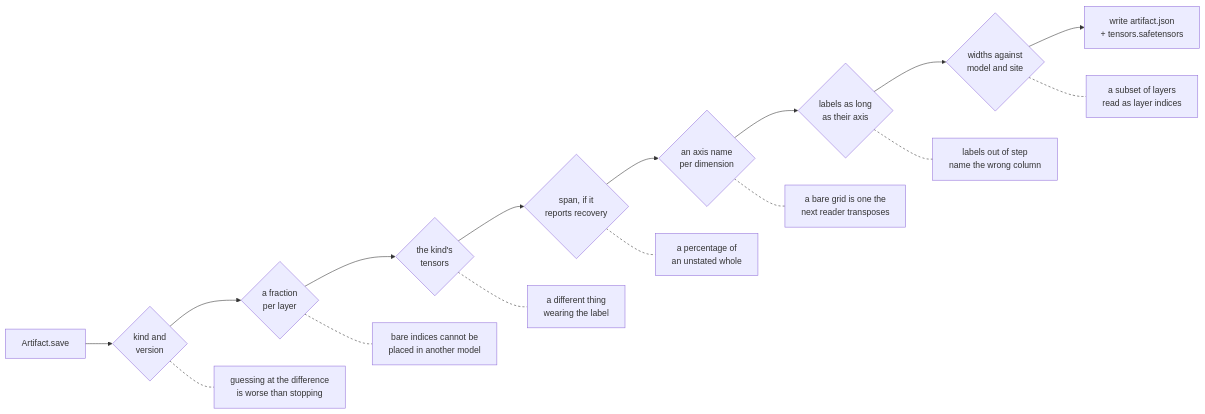
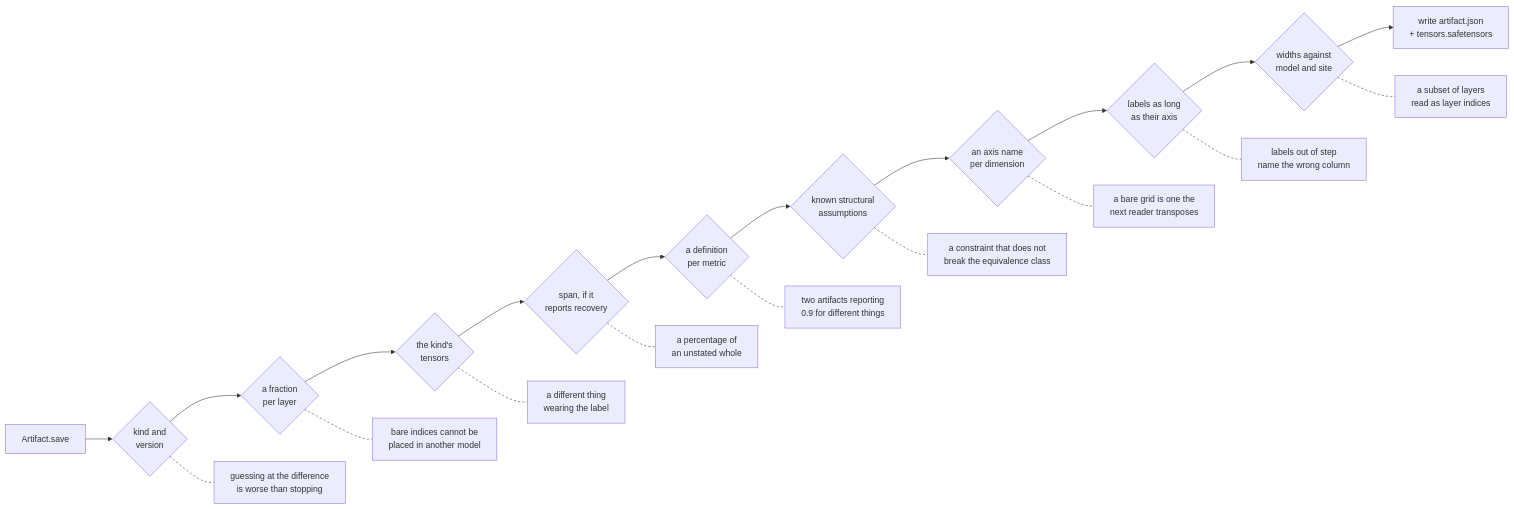
Before and after one commit to lgemc/mi-lab: the third of 5 diagrams in docs/sharing/format.md, drawn with Mermaid. The commit also changed other lines of this file and 11 other files, not shown here.

````diff
--- a/docs/sharing/format.md
+++ b/docs/sharing/format.md
@@ -105,21 +132,25 @@
 ```mermaid
 flowchart LR
     S["Artifact.save"] --> K{"kind and<br/>version"}
     K --> L{"a fraction<br/>per layer"}
     L --> T{"the kind's<br/>tensors"}
     T --> SP{"span, if it<br/>reports recovery"}
-    SP --> AX{"an axis name<br/>per dimension"}
+    SP --> DF{"a definition<br/>per metric"}
+    DF --> ID{"known structural<br/>assumptions"}
+    ID --> AX{"an axis name<br/>per dimension"}
     AX --> LB{"labels as long<br/>as their axis"}
     LB --> SH{"widths against<br/>model and site"}
     SH --> W["write artifact.json<br/>+ tensors.safetensors"]
 
     K --- R1["guessing at the difference<br/>is worse than stopping"]
     L --- R2["bare indices cannot be<br/>placed in another model"]
     T --- R3["a different thing<br/>wearing the label"]
     SP --- R4["a percentage of<br/>an unstated whole"]
+    DF --- R4b["two artifacts reporting<br/>0.9 for different things"]
+    ID --- R4c["a constraint that does not<br/>break the equivalence class"]
     AX --- R5["a bare grid is one the<br/>next reader transposes"]
     LB --- R6["labels out of step<br/>name the wrong column"]
     SH --- R7["a subset of layers<br/>read as layer indices"]
 
-    linkStyle 8,9,10,11,12,13,14 stroke-dasharray:4 4
+    linkStyle 10,11,12,13,14,15,16,17,18 stroke-dasharray:4 4
 ```
````
